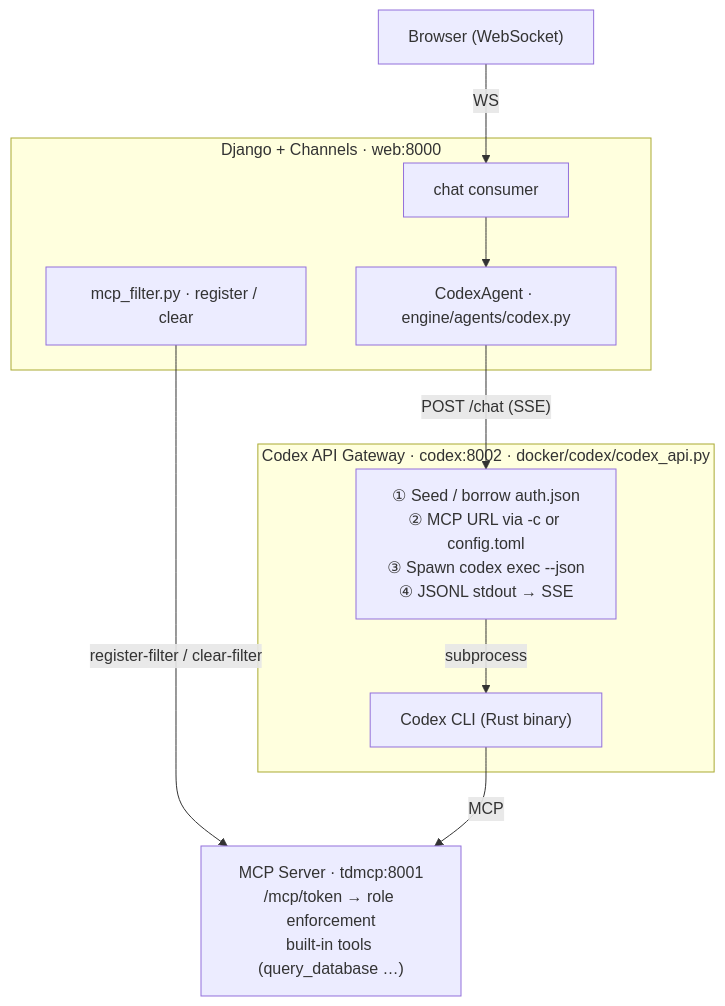
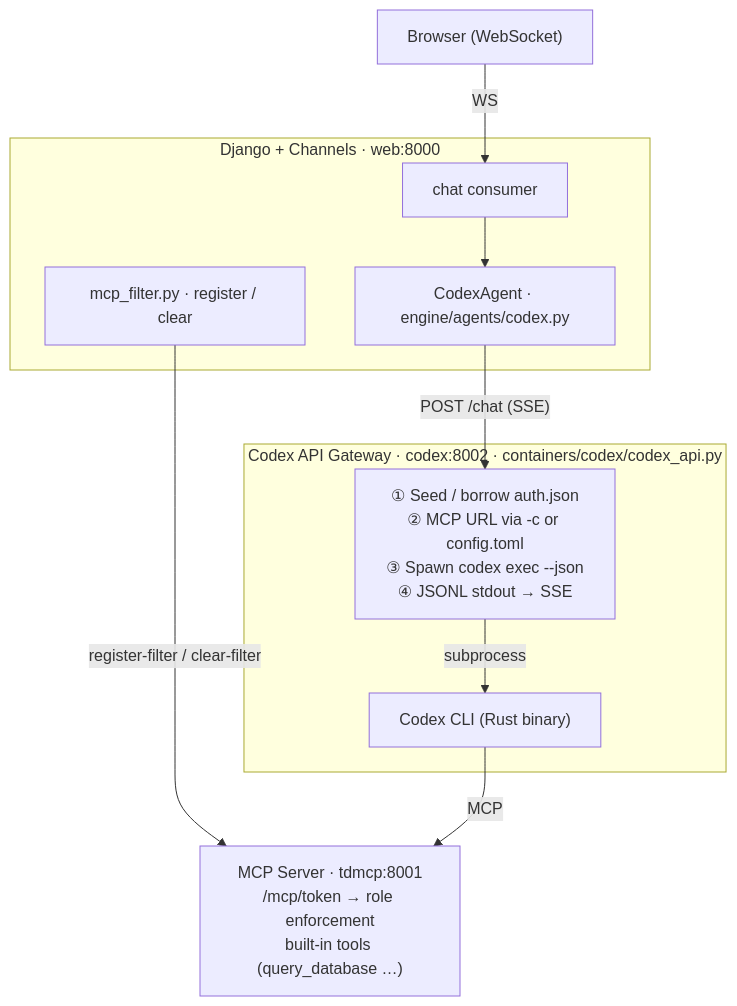
One commit to mpospirit-apps/TetherDust changed the first of 2 diagrams in documentations/TetherDust Documentation/3. Agent Integrations/2. CLI Tool with Auth Token.md. Above: the diagram before and after it, drawn with Mermaid. The commit also changed other lines of this file and 33 other files, not shown here.

Commit message:
chore: rename docker directory to containers

````diff
--- a/documentations/TetherDust Documentation/3. Agent Integrations/2. CLI Tool with Auth Token.md
+++ b/documentations/TetherDust Documentation/3. Agent Integrations/2. CLI Tool with Auth Token.md
@@ -37,24 +37,24 @@
 ```mermaid
 flowchart TD
     Browser["Browser (WebSocket)"]
 
     subgraph web["Django + Channels · web:8000"]
         Consumer["chat consumer"]
         Agent["CodexAgent · engine/agents/codex.py"]
         Filter["mcp_filter.py · register / clear"]
     end
 
-    subgraph codex_gw["Codex API Gateway · codex:8002 · docker/codex/codex_api.py"]
+    subgraph codex_gw["Codex API Gateway · codex:8002 · containers/codex/codex_api.py"]
         GW["① Seed / borrow auth.json<br/>② MCP URL via -c or config.toml<br/>③ Spawn codex exec --json<br/>④ JSONL stdout → SSE"]
         CLI["Codex CLI (Rust binary)"]
         GW -->|subprocess| CLI
     end
 
     MCP["MCP Server · tdmcp:8001<br/>/mcp/token → role enforcement<br/>built-in tools (query_database …)"]
 
     Browser -->|WS| Consumer
     Consumer --> Agent
     Agent -->|"POST /chat (SSE)"| GW
     Filter -->|"register-filter / clear-filter"| MCP
     CLI -->|MCP| MCP
 ```
````
